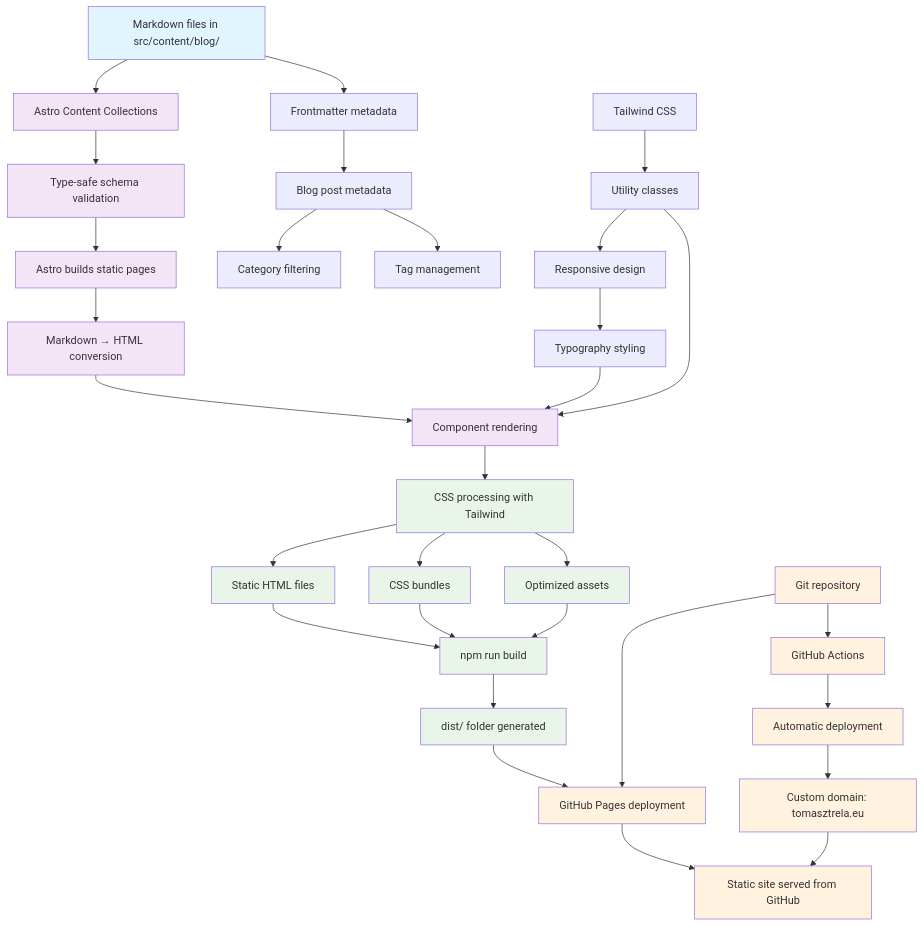
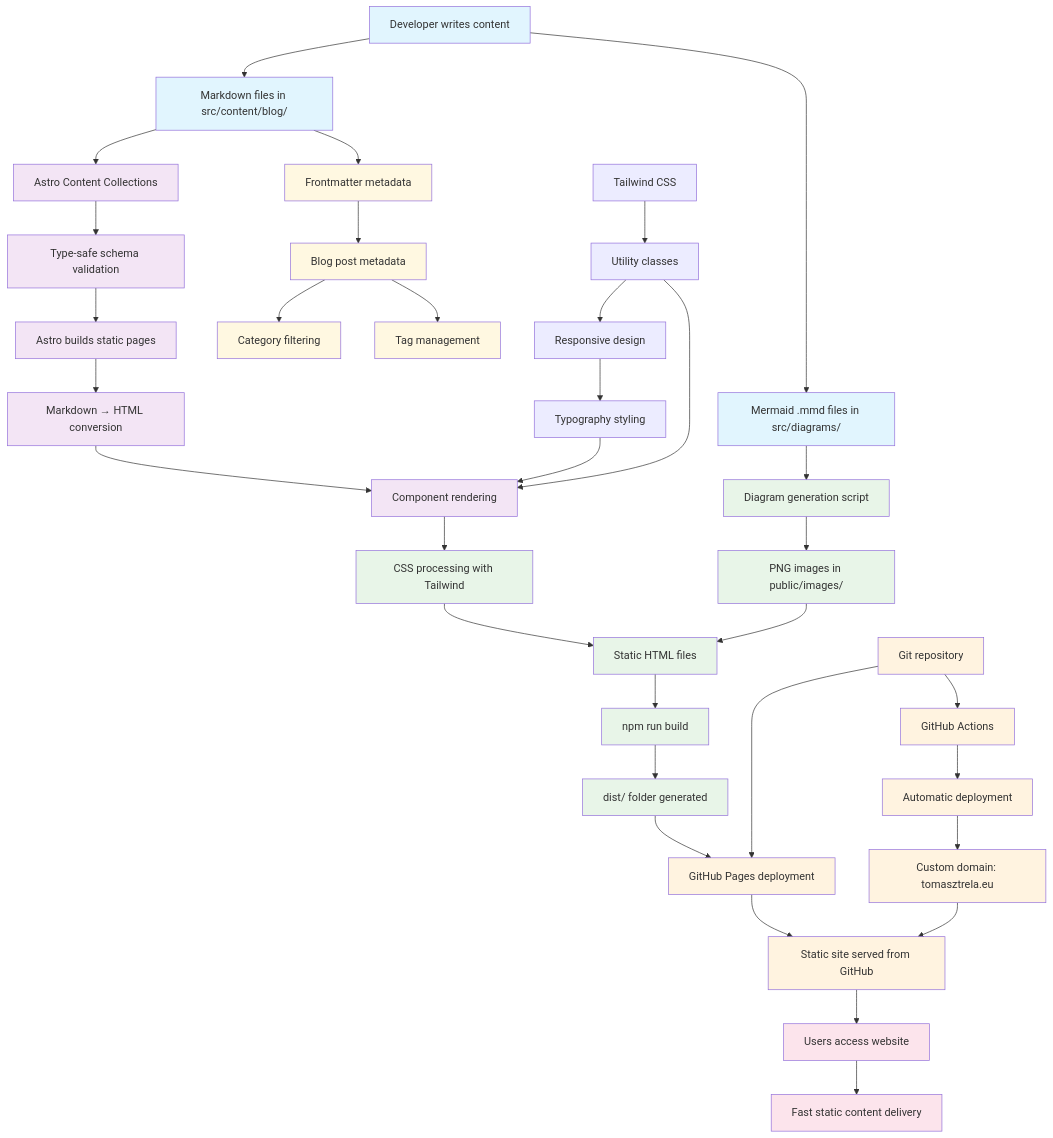
One commit to trelatomasz/tomasztrela.eu changed the diagram in src/diagrams/blog/post-1/site-architecture.mmd. Above: the diagram before and after it, drawn with Mermaid. The commit also changed 2 other files, not shown here.

Commit message:
Update arhitectyure diagram!

```diff
--- a/src/diagrams/blog/post-1/site-architecture.mmd
+++ b/src/diagrams/blog/post-1/site-architecture.mmd
@@ -1,61 +1,69 @@
 flowchart TD
     %% Development Phase
-    B[Markdown files in src/content/blog/] --> C[Astro Content Collections]
+    A[Developer writes content] --> B[Markdown files in src/content/blog/]
+    B --> C[Astro Content Collections]
     C --> D[Type-safe schema validation]
     
+    %% Mermaid Diagram Generation
+    A --> E[Mermaid .mmd files in src/diagrams/]
+    E --> F[Diagram generation script]
+    F --> G[PNG images in public/images/]
+    
     %% Astro Processing
-    D --> E[Astro builds static pages]
-    E --> F[Markdown → HTML conversion]
-    F --> G[Component rendering]
-    G --> H[CSS processing with Tailwind]
+    D --> H[Astro builds static pages]
+    H --> I[Markdown → HTML conversion]
+    I --> J[Component rendering]
+    J --> K[CSS processing with Tailwind]
     
     %% Build Output
-    H --> I[Static HTML files]
-    H --> J[CSS bundles]
-    H --> K[Optimized assets]
+    K --> L[Static HTML files]
+    G --> L
     
     %% Deployment
-    I --> L[npm run build]
-    J --> L
-    K --> L
-    L --> M[dist/ folder generated]
-    M --> N[GitHub Pages deployment]
-    N --> O[Static site served from GitHub]
+    L --> M[npm run build]
+    M --> N[dist/ folder generated]
+    N --> O[GitHub Pages deployment]
+    O --> P[Static site served from GitHub]
     
     %% Content Flow
-    B --> P[Frontmatter metadata]
-    P --> Q[Blog post metadata]
-    Q --> R[Category filtering]
-    Q --> S[Tag management]
+    B --> Q[Frontmatter metadata]
+    Q --> R[Blog post metadata]
+    R --> S[Category filtering]
+    R --> T[Tag management]
     
     %% Styling
-    T[Tailwind CSS] --> U[Utility classes]
-    U --> V[Responsive design]
-    V --> W[Typography styling]
+    U[Tailwind CSS] --> V[Utility classes]
+    V --> W[Responsive design]
+    W --> X[Typography styling]
     
     %% GitHub Integration
-    X[Git repository] --> Y[GitHub Actions]
-    Y --> Z[Automatic deployment]
-    Z --> AA[Custom domain: tomasztrela.eu]
-  
+    Y[Git repository] --> Z[GitHub Actions]
+    Z --> AA[Automatic deployment]
+    AA --> BB[Custom domain: tomasztrela.eu]
+    
+    %% User Access
+    P --> CC[Users access website]
+    CC --> DD[Fast static content delivery]
     
     %% Styling connections
-    W --> G
-    U --> G
+    X --> J
+    V --> J
     
     %% GitHub connections
-    X --> N
-    AA --> O
+    Y --> O
+    BB --> P
     
     %% Styling
     classDef devPhase fill:#e1f5fe
     classDef astroPhase fill:#f3e5f5
     classDef buildPhase fill:#e8f5e8
     classDef deployPhase fill:#fff3e0
     classDef userPhase fill:#fce4ec
+    classDef diagramPhase fill:#fff8e1
     
-    class A,B devPhase
-    class C,D,E,F,G astroPhase
-    class H,I,J,K,L,M buildPhase
-    class N,O,X,Y,Z,AA deployPhase
-    class BB,CC userPhase
+    class A,B,E devPhase
+    class C,D,H,I,J astroPhase
+    class F,G,K,L,M,N buildPhase
+    class O,P,Y,Z,AA,BB deployPhase
+    class CC,DD userPhase
+    class Q,R,S,T diagramPhase
```
